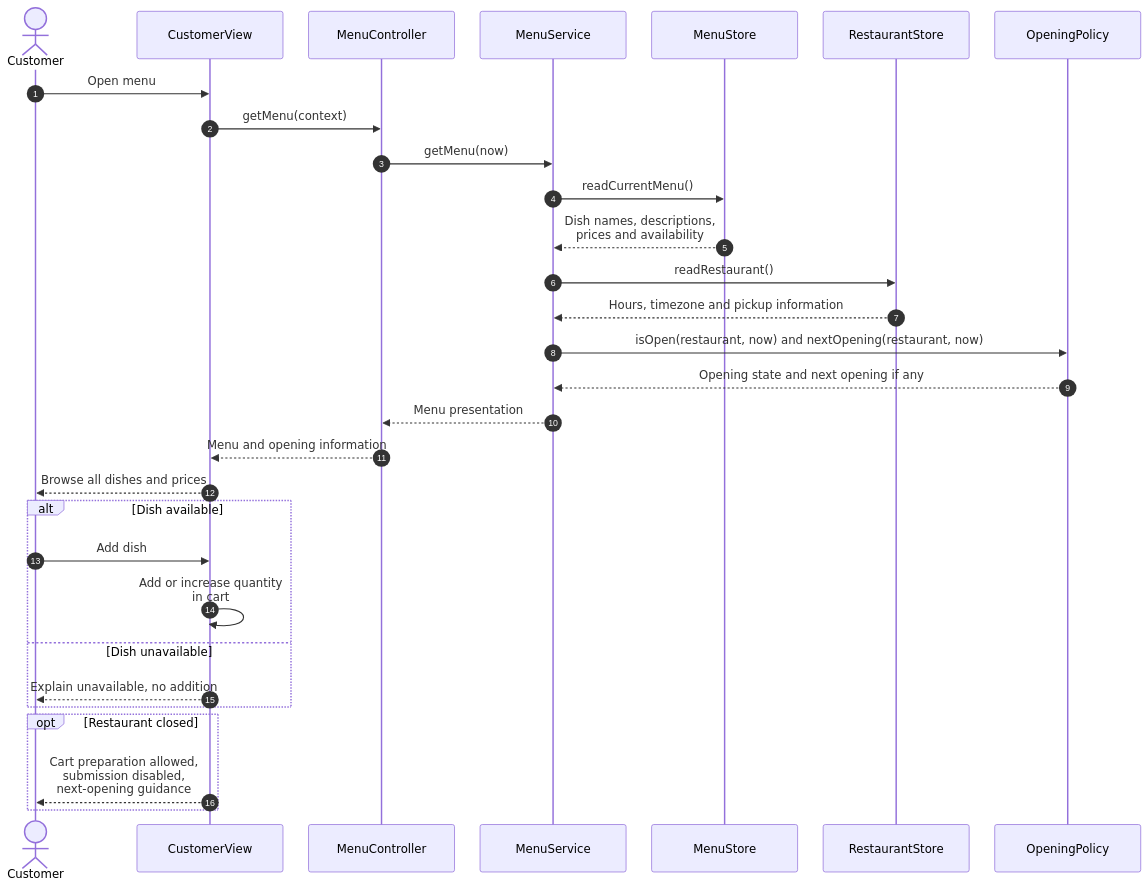
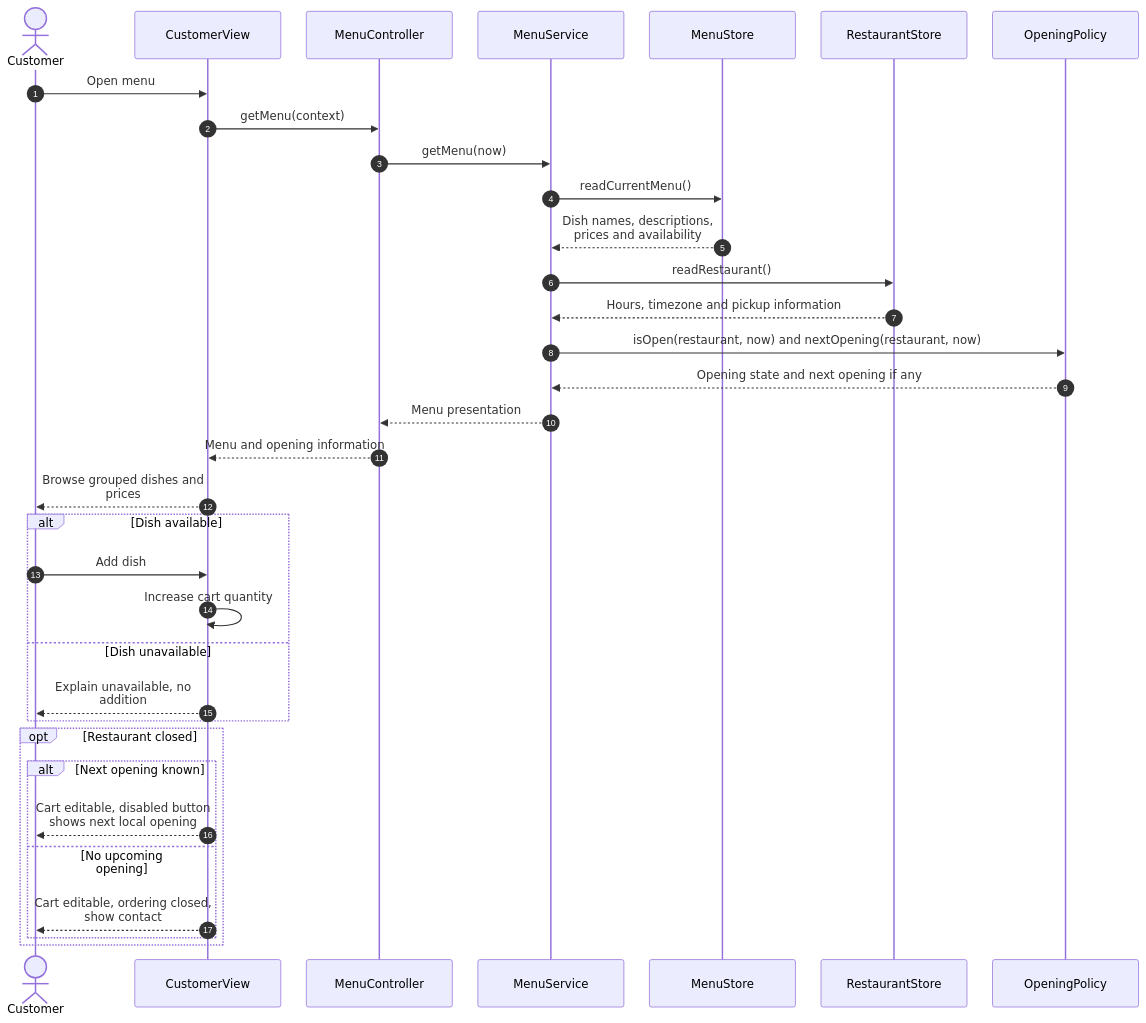
Before and after one commit to axantillon/mesa-tica: the diagram in design/diagrams/A1-menu.mmd, drawn with Mermaid. The commit also changed 10 other files, not shown here.

Commit message:
Refine shared product design diagrams

```diff
--- a/design/diagrams/A1-menu.mmd
+++ b/design/diagrams/A1-menu.mmd
@@ -1,31 +1,35 @@
 %%{init: {"sequence": {"wrap": true, "width": 200, "actorMargin": 35}}}%%
 sequenceDiagram
     autonumber
     actor Customer
     participant UI as CustomerView
     participant C as MenuController
     participant S as MenuService
     participant M as MenuStore
     participant R as RestaurantStore
     participant P as OpeningPolicy
     Customer->>UI: Open menu
     UI->>C: getMenu(context)
     C->>S: getMenu(now)
     S->>M: readCurrentMenu()
     M-->>S: Dish names, descriptions, prices and availability
     S->>R: readRestaurant()
     R-->>S: Hours, timezone and pickup information
     S->>P: isOpen(restaurant, now) and nextOpening(restaurant, now)
     P-->>S: Opening state and next opening if any
     S-->>C: Menu presentation
     C-->>UI: Menu and opening information
-    UI-->>Customer: Browse all dishes and prices
+    UI-->>Customer: Browse grouped dishes and prices
     alt Dish available
     Customer->>UI: Add dish
-    UI->>UI: Add or increase quantity in cart
+    UI->>UI: Increase cart quantity
     else Dish unavailable
     UI-->>Customer: Explain unavailable, no addition
     end
     opt Restaurant closed
-    UI-->>Customer: Cart preparation allowed, submission disabled, next-opening guidance
+    alt Next opening known
+    UI-->>Customer: Cart editable, disabled button shows next local opening
+    else No upcoming opening
+    UI-->>Customer: Cart editable, ordering closed, show contact
     end
+    end
```
